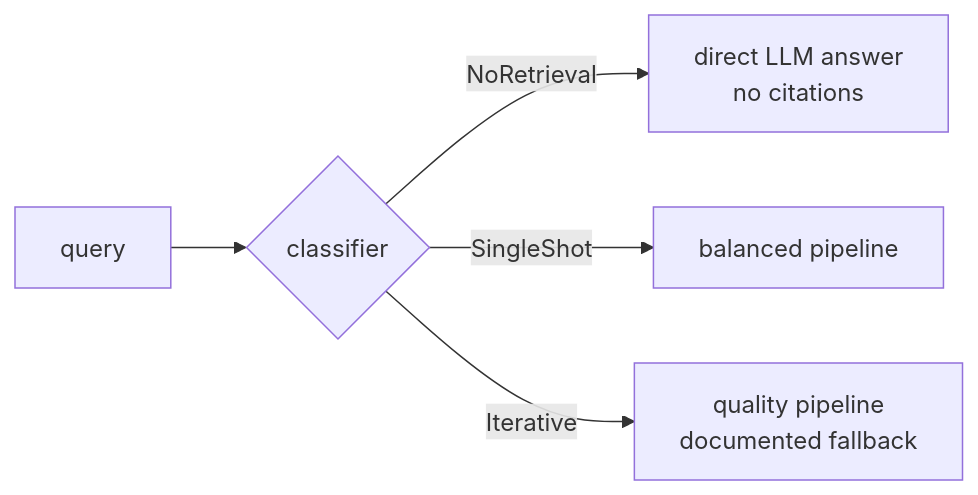
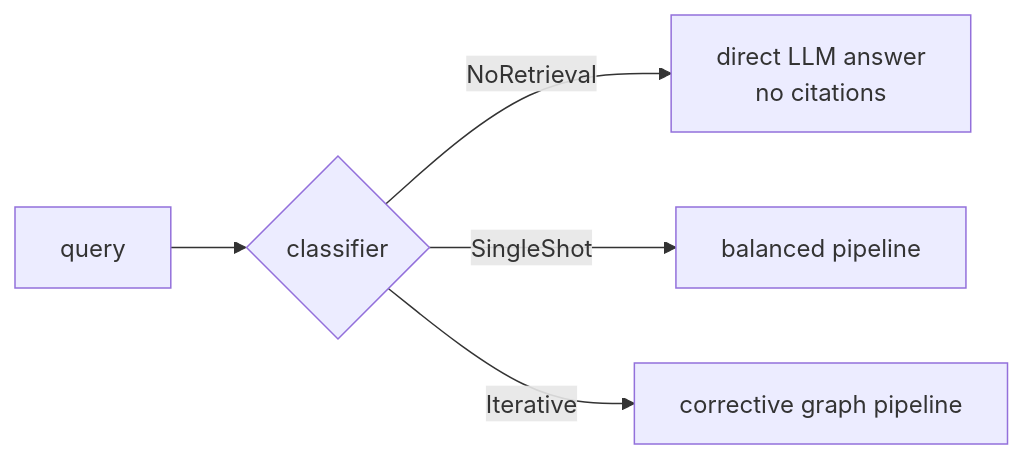
The second of 3 diagrams in docs/architecture/rag-pipeline.md (Orkeon/orkeon), drawn with Mermaid before and after one commit. The commit also changed other lines of this file and 9 other files, not shown here.

````diff
--- a/docs/architecture/rag-pipeline.md
+++ b/docs/architecture/rag-pipeline.md
@@ -249,7 +250,7 @@
 ```mermaid
 flowchart LR
     Q[query] --> C{classifier}
     C -- NoRetrieval --> D[direct LLM answer<br/>no citations]
     C -- SingleShot --> B[balanced pipeline]
-    C -- Iterative --> QU[quality pipeline<br/>documented fallback]
+    C -- Iterative --> CO[corrective graph pipeline]
 ```
````
